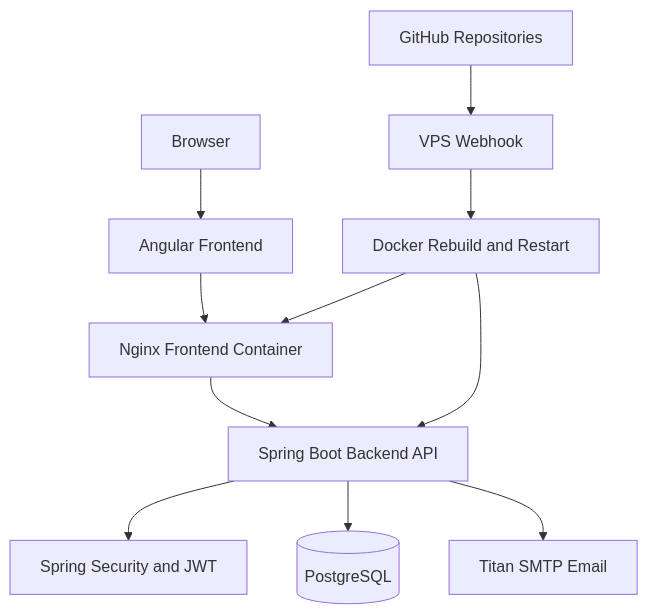
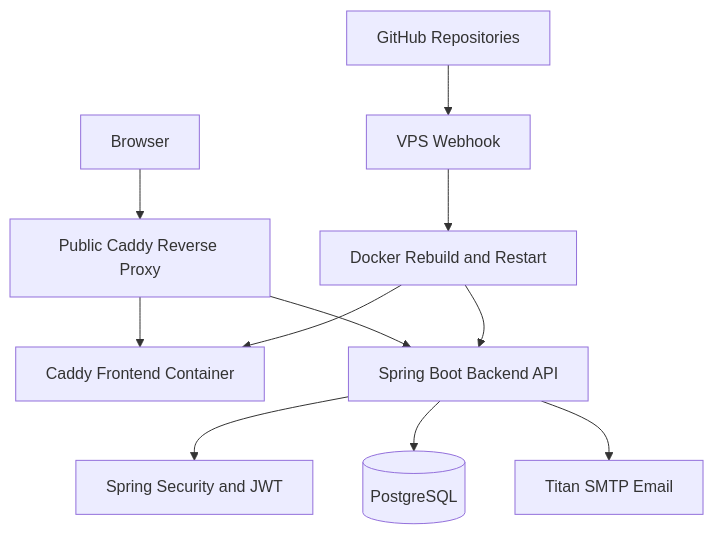
The second of 5 diagrams in README.md (skawuma/shiftApp-frontend), drawn with Mermaid before and after one commit. The commit also changed other lines of this file and 4 other files, not shown here.

Commit message:
Replace nginx frontend runtime with Caddy

````diff
--- a/README.md
+++ b/README.md
@@ -127,14 +127,14 @@
 ```mermaid
 flowchart TB
-    U[Browser] --> F[Angular Frontend]
-    F --> N[Nginx Frontend Container]
-    N --> API[Spring Boot Backend API]
+    U[Browser] --> C[Public Caddy Reverse Proxy]
+    C --> N[Caddy Frontend Container]
+    C --> API[Spring Boot Backend API]
     API --> SEC[Spring Security and JWT]
     API --> DB[(PostgreSQL)]
     API --> MAIL[Titan SMTP Email]
 
     GH[GitHub Repositories] --> WH[VPS Webhook]
     WH --> D[Docker Rebuild and Restart]
     D --> N
     D --> API
 ```
````
